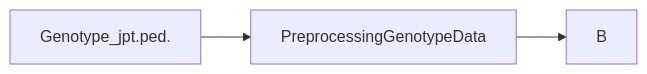
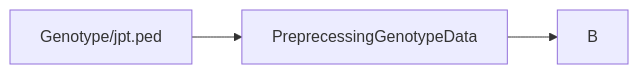
One commit to xiaojian-w/Gene-Regulatory-Networks-Construction changed the diagram in design.md. Above: the diagram before and after it, drawn with Mermaid. The commit also changed other lines of this file, not shown here.

````diff
--- a/design.md
+++ b/design.md
@@ -30,4 +30,4 @@
 ```mermaid
 graph LR;
-Genotype_jpt.ped.--> PreprocessingGenotypeData--> B;
+Genotype/jpt.ped--> PreprecessingGenotypeData -->B
 ```
````
